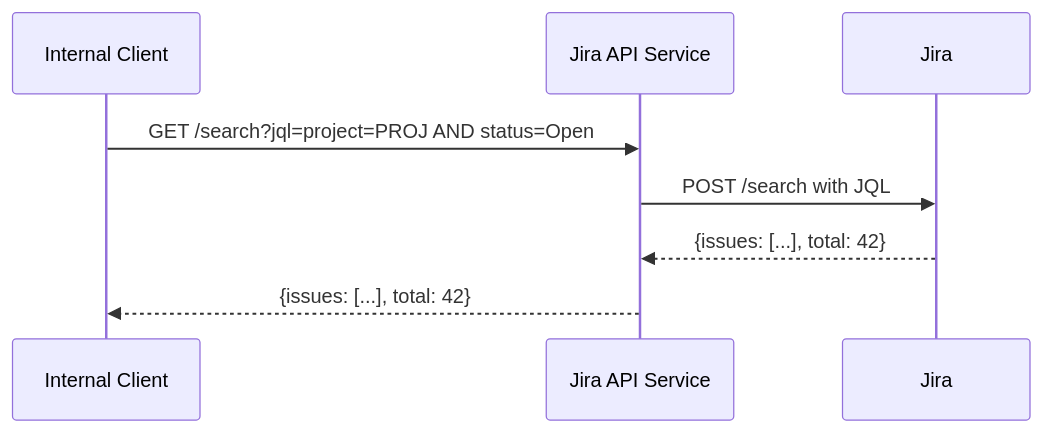
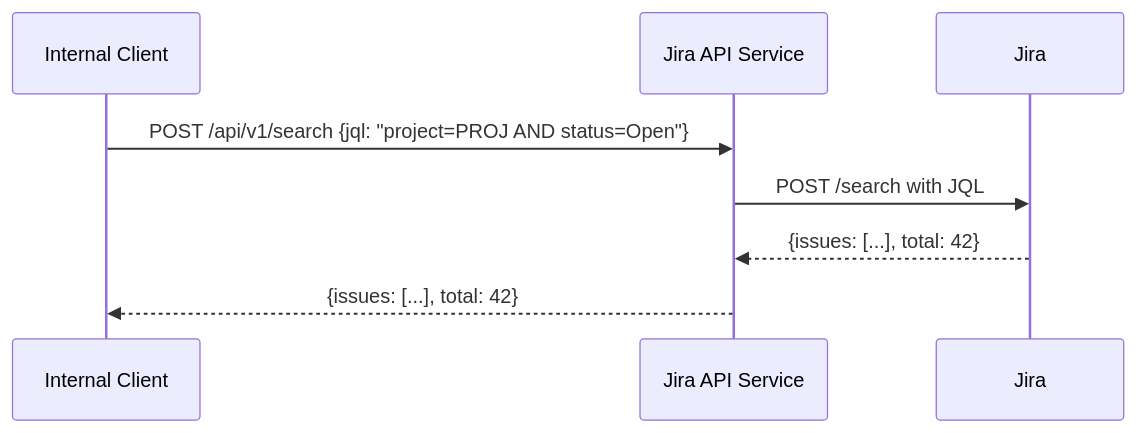
One commit to rom-orlovich/groote-ai changed the ninth of 10 diagrams in api-services/jira-api/docs/ARCHITECTURE.md. Above: the diagram before and after it, drawn with Mermaid. The commit also changed other lines of this file and 99 other files, not shown here.

Commit message:
feat: Add comprehensive documentation for service features, architecture, and flows, and introduce a Claude skill for documentation synchronization.

````diff
--- a/api-services/jira-api/docs/ARCHITECTURE.md
+++ b/api-services/jira-api/docs/ARCHITECTURE.md
@@ -153,11 +167,11 @@
 ```mermaid
 sequenceDiagram
     participant Client as Internal Client
     participant API as Jira API Service
     participant JR as Jira
 
-    Client->>API: GET /search?jql=project=PROJ AND status=Open
+    Client->>API: POST /api/v1/search {jql: "project=PROJ AND status=Open"}
     API->>JR: POST /search with JQL
     JR-->>API: {issues: [...], total: 42}
     API-->>Client: {issues: [...], total: 42}
 ```
````
